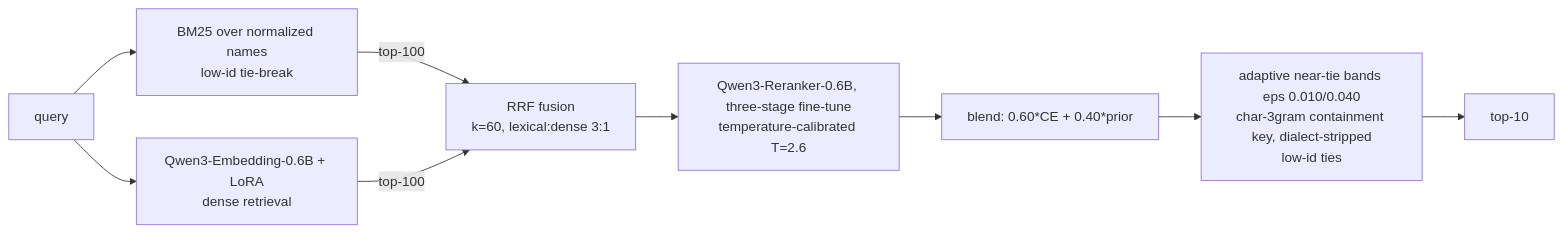
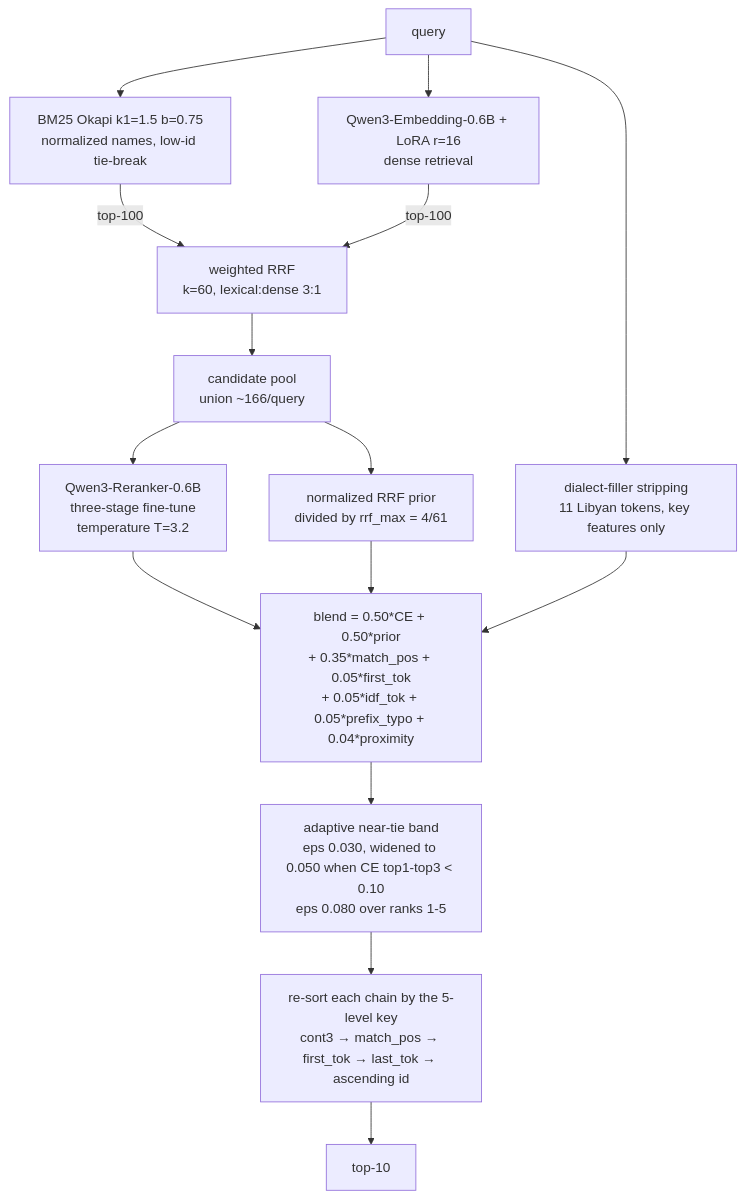
The diagram in TECHNICAL_REPORT.md (TahaElkhazmi/presto-arabic-search), drawn with Mermaid before and after one commit. The commit also changed other lines of this file, not shown here.

Commit message:
Update the architecture section to the shipped system and fill team contributions
Section 4 still described the system as it stood around submission 12: temperature 2.6,
blend 0.60*CE + 0.40*prior, eps 0.010/0.040, and a top1-top5 confidence margin at 0.15.
That configuration is the 0.667745 regression anchor, i.e. public LB 0.66738 - not the
0.69413 that was submitted. A reader following the architecture section and then running
the README command would have found a different system.

The mermaid diagram and section 4.3 now state the shipped constants: T=3.2, the seven-term
blend, eps 0.030 widening to 0.050 on a top1-top3 margin below 0.10, eps 0.080 over ranks
1-5, and the five-level lexicographic key.

Also corrected a false claim in the Reproducibility paragraph: it said the repository
contains "a dated findings log of every experiment", but FINDINGS.md is deliberately
gitignored and was purged from history, so the repository does not contain it.

````diff
--- a/TECHNICAL_REPORT.md
+++ b/TECHNICAL_REPORT.md
@@ -84,11 +84,18 @@
 ```mermaid
-flowchart LR
-    Q[query] --> B[BM25 over normalized names<br/>low-id tie-break]
-    Q --> D[Qwen3-Embedding-0.6B + LoRA<br/>dense retrieval]
-    B -->|top-100| F[RRF fusion<br/>k=60, lexical:dense 3:1]
+flowchart TB
+    Q[query] --> S[dialect-filler stripping<br/>11 Libyan tokens, key features only]
+    Q --> B[BM25 Okapi k1=1.5 b=0.75<br/>normalized names, low-id tie-break]
+    Q --> D[Qwen3-Embedding-0.6B + LoRA r=16<br/>dense retrieval]
+    B -->|top-100| F[weighted RRF<br/>k=60, lexical:dense 3:1]
     D -->|top-100| F
-    F --> CE[Qwen3-Reranker-0.6B, three-stage fine-tune<br/>temperature-calibrated T=2.6]
-    CE --> BL[blend: 0.60*CE + 0.40*prior]
-    BL --> PP[adaptive near-tie bands eps 0.010/0.040<br/>char-3gram containment key, dialect-stripped<br/>low-id ties]
-    PP --> Out[top-10]
+    F --> P[candidate pool<br/>union ~166/query]
+    P --> CE[Qwen3-Reranker-0.6B<br/>three-stage fine-tune<br/>temperature T=3.2]
+    P --> PR[normalized RRF prior<br/>divided by rrf_max = 4/61]
+    CE --> BL
+    PR --> BL
+    S --> BL
+    BL["blend = 0.50*CE + 0.50*prior<br/>+ 0.35*match_pos + 0.05*first_tok<br/>+ 0.05*idf_tok + 0.05*prefix_typo + 0.04*proximity"]
+    BL --> BAND[adaptive near-tie band<br/>eps 0.030, widened to 0.050 when CE top1-top3 &lt; 0.10<br/>eps 0.080 over ranks 1-5]
+    BAND --> KEY[re-sort each chain by the 5-level key<br/>cont3 &rarr; match_pos &rarr; first_tok &rarr; last_tok &rarr; ascending id]
+    KEY --> Out[top-10]
 ```
````
